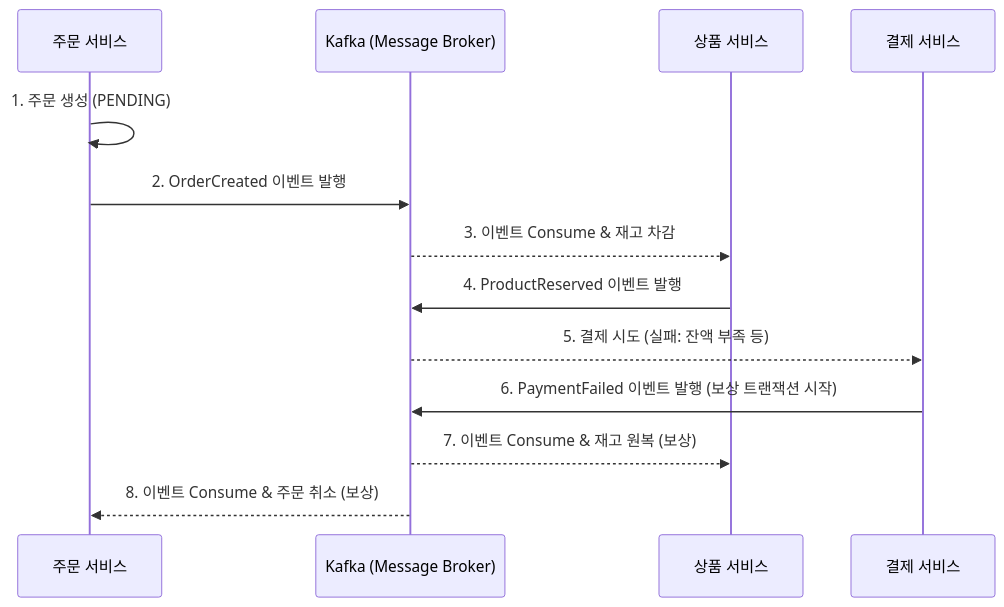
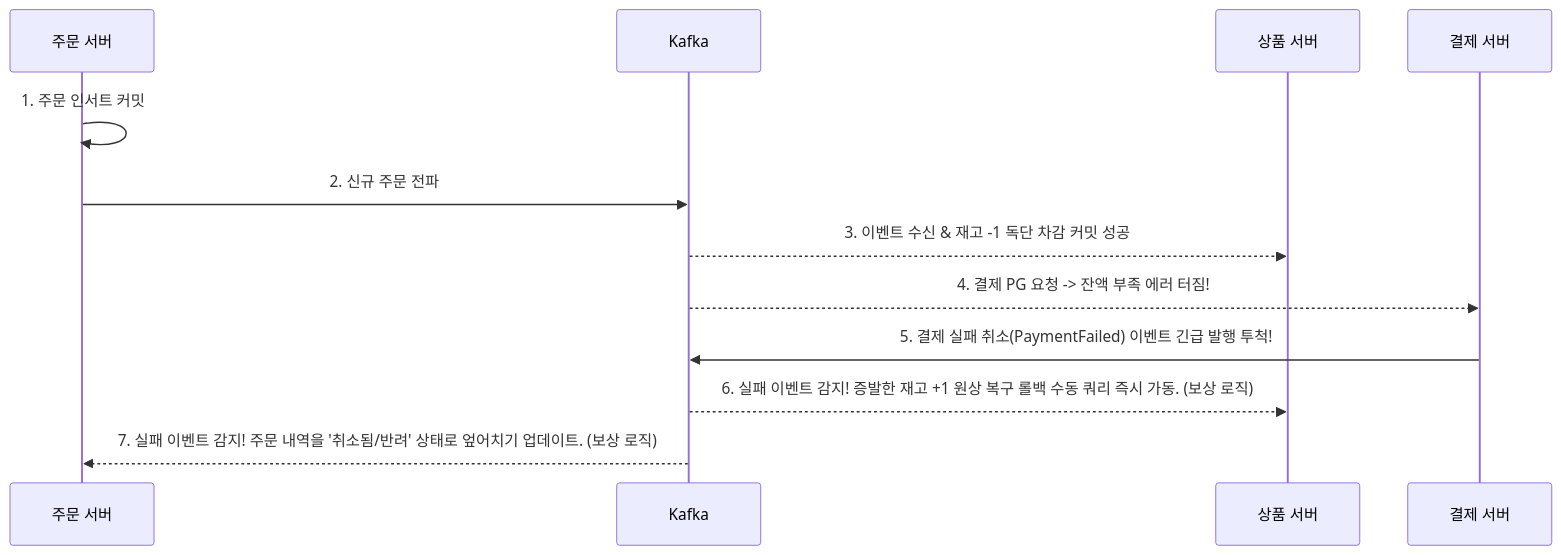
Before and after one commit to eatdu0918/dev_blog: the diagram in src/posts/msa-saga-kafka.md, drawn with Mermaid. The commit also changed other lines of this file and 24 other files, not shown here.

````diff
--- a/src/posts/msa-saga-kafka.md
+++ b/src/posts/msa-saga-kafka.md
@@ -22,19 +31,18 @@
 ```mermaid
 sequenceDiagram
-    participant Order as 주문 서비스
-    participant Kafka as Kafka (Message Broker)
-    participant Product as 상품 서비스
-    participant Payment as 결제 서비스
+    participant Order as 주문 서버
+    participant Kafka as Kafka
+    participant Product as 상품 서버
+    participant Payment as 결제 서버
 
-    Order->>Order: 1. 주문 생성 (PENDING)
-    Order->>Kafka: 2. OrderCreated 이벤트 발행
+    Order->>Order: 1. 주문 인서트 커밋 
+    Order->>Kafka: 2. 신규 주문 전파
     
-    Kafka-->>Product: 3. 이벤트 Consume & 재고 차감
-    Product->>Kafka: 4. ProductReserved 이벤트 발행
+    Kafka-->>Product: 3. 이벤트 수신 & 재고 -1 독단 차감 커밋 성공 
     
-    Kafka-->>Payment: 5. 결제 시도 (실패: 잔액 부족 등)
-    Payment->>Kafka: 6. PaymentFailed 이벤트 발행 (보상 트랜잭션 시작)
+    Kafka-->>Payment: 4. 결제 PG 요청 -> 잔액 부족 에러 터짐!
+    Payment->>Kafka: 5. 결제 실패 취소(PaymentFailed) 이벤트 긴급 발행 투척!
     
-    Kafka-->>Product: 7. 이벤트 Consume & 재고 원복 (보상)
-    Kafka-->>Order: 8. 이벤트 Consume & 주문 취소 (보상)
+    Kafka-->>Product: 6. 실패 이벤트 감지! 증발한 재고 +1 원상 복구 롤백 수동 쿼리 즉시 가동. (보상 로직)
+    Kafka-->>Order: 7. 실패 이벤트 감지! 주문 내역을 '취소됨/반려' 상태로 엎어치기 업데이트. (보상 로직)
 ```
````
